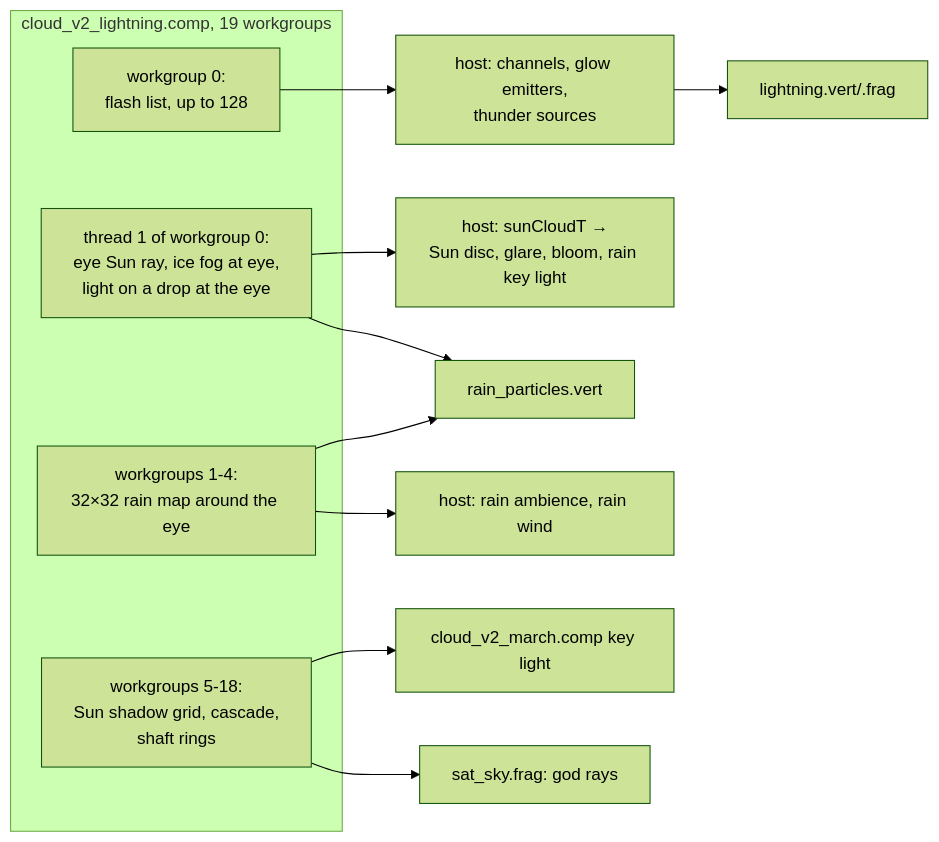
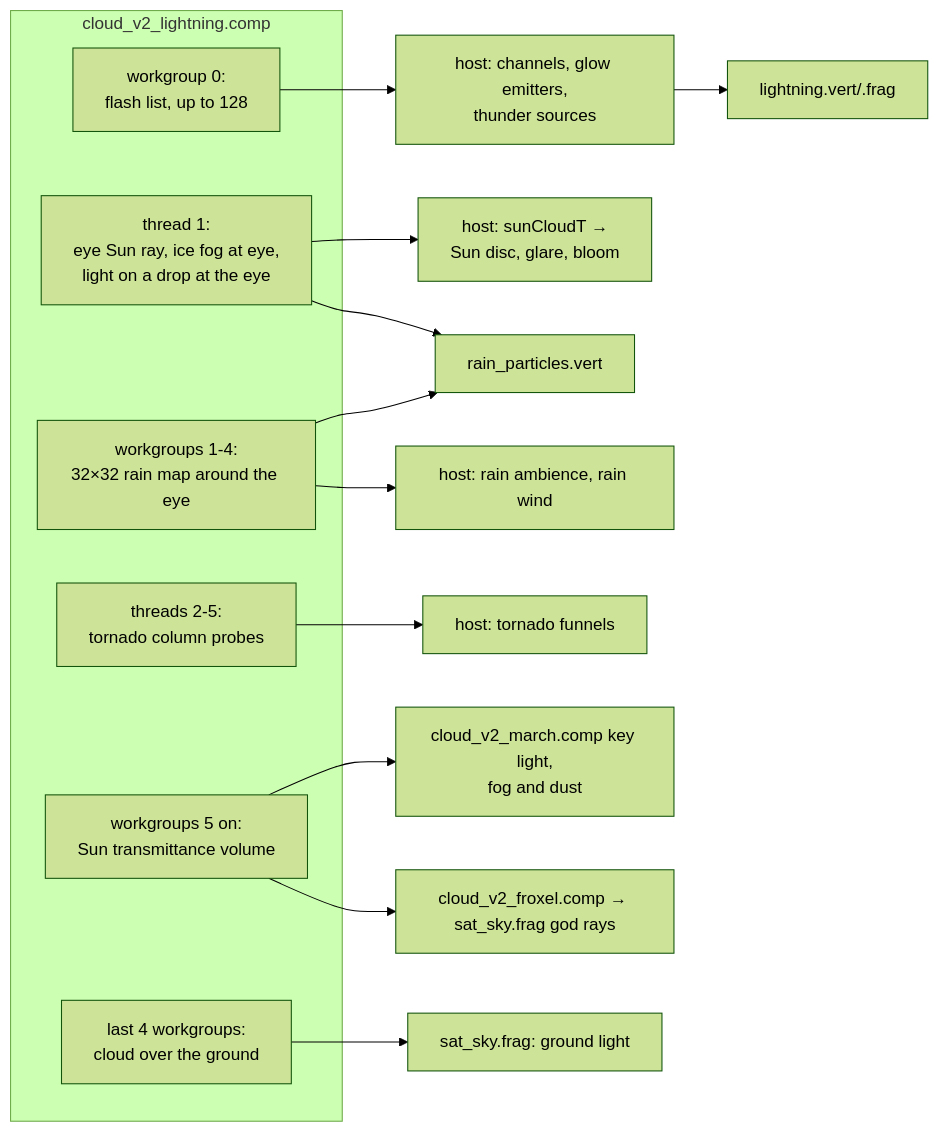
One commit to largepizza/SAT_LIGHT_SIM changed the first of 2 diagrams in wiki/rendering/clouds/weather.md. Above: the diagram before and after it, drawn with Mermaid (forest theme). The commit also changed other lines of this file and 4 other files, not shown here.

Commit message:
wiki: clouds pages: Sun transmittance volume, multiple scattering, full-res grid, storms in the cloud field

````diff
--- a/wiki/rendering/clouds/weather.md
+++ b/wiki/rendering/clouds/weather.md
@@ -13,17 +14,21 @@
 ```mermaid
 flowchart LR
-  subgraph LP[cloud_v2_lightning.comp, 19 workgroups]
+  subgraph LP[cloud_v2_lightning.comp]
     W0[workgroup 0:<br/>flash list, up to 128]
-    T1[thread 1 of workgroup 0:<br/>eye Sun ray, ice fog at eye,<br/>light on a drop at the eye]
+    T1[thread 1:<br/>eye Sun ray, ice fog at eye,<br/>light on a drop at the eye]
+    T2[threads 2-5:<br/>tornado column probes]
     W14[workgroups 1-4:<br/>32×32 rain map around the eye]
-    WS[workgroups 5-18:<br/>Sun shadow grid, cascade,<br/>shaft rings]
+    WS[workgroups 5 on:<br/>Sun transmittance volume]
+    WV[last 4 workgroups:<br/>cloud over the ground]
   end
   W0 --> HB[host: channels, glow emitters,<br/>thunder sources]
   HB --> LD[lightning.vert/.frag]
-  T1 --> SC[host: sunCloudT →<br/>Sun disc, glare, bloom, rain key light]
+  T1 --> SC[host: sunCloudT →<br/>Sun disc, glare, bloom]
   T1 --> DR[rain_particles.vert]
   W14 --> DR
   W14 --> RA[host: rain ambience, rain wind]
-  WS --> MA[cloud_v2_march.comp key light]
-  WS --> SK[sat_sky.frag: god rays]
+  T2 --> TN[host: tornado funnels]
+  WS --> MA[cloud_v2_march.comp key light,<br/>fog and dust]
+  WS --> FX[cloud_v2_froxel.comp → sat_sky.frag god rays]
+  WV --> GR[sat_sky.frag: ground light]
 ```
````
